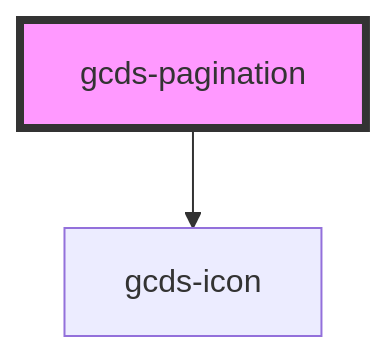
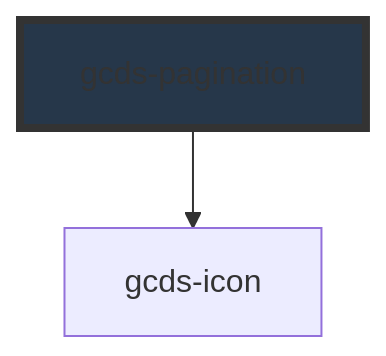
One commit to cds-snc/gcds-components changed the diagram in packages/web/src/components/gcds-pagination/readme.md. Above: the diagram before and after it, drawn with Mermaid. The commit also changed other lines of this file and 44 other files, not shown here.

````diff
--- a/packages/web/src/components/gcds-pagination/readme.md
+++ b/packages/web/src/components/gcds-pagination/readme.md
@@ -39,5 +39,5 @@
 ```mermaid
 graph TD;
   gcds-pagination --> gcds-icon
-  style gcds-pagination fill:#f9f,stroke:#333,stroke-width:4px
+  style gcds-pagination fill:#26374a,stroke:#333,stroke-width:4px
 ```
````
